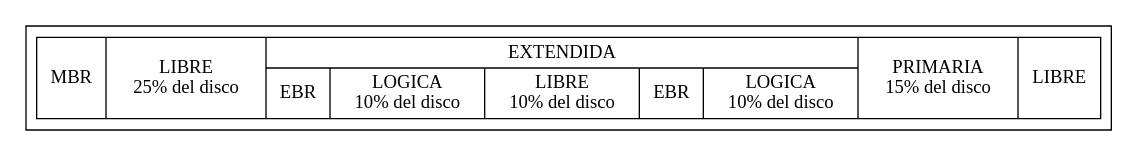
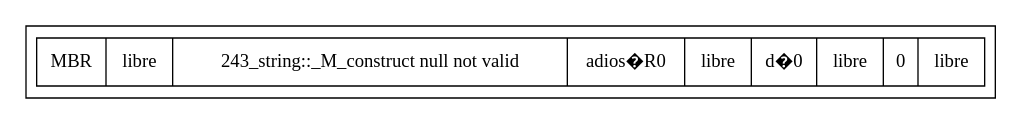
The diagram in reportes/discos.dot (RojasCJP/Archivos_Practica1), drawn with Graphviz before and after one commit. The commit also changed 4 other files, not shown here.

```diff
--- a/reportes/discos.dot
+++ b/reportes/discos.dot
@@ -1,7 +1,7 @@
 digraph g {
-rankdir=LR;
-subgraph cluster0
+        rankdir = LR;
+    subgraph cluster0
     {
-        Array [ shape = record, label = "{ MBR|LIBRE\n 25% del disco| {EXTENDIDA|{EBR|LOGICA\n10% del disco|LIBRE\n10% del disco|EBR|LOGICA\n10% del disco}} | PRIMARIA\n 15% del disco|LIBRE }"] ;
+        Array [ shape = record, label = "{MBR|libre|243_string::_M_construct null not valid|adios�R0|libre|d�0|libre|0|libre}"] ;
     }
 }
```
